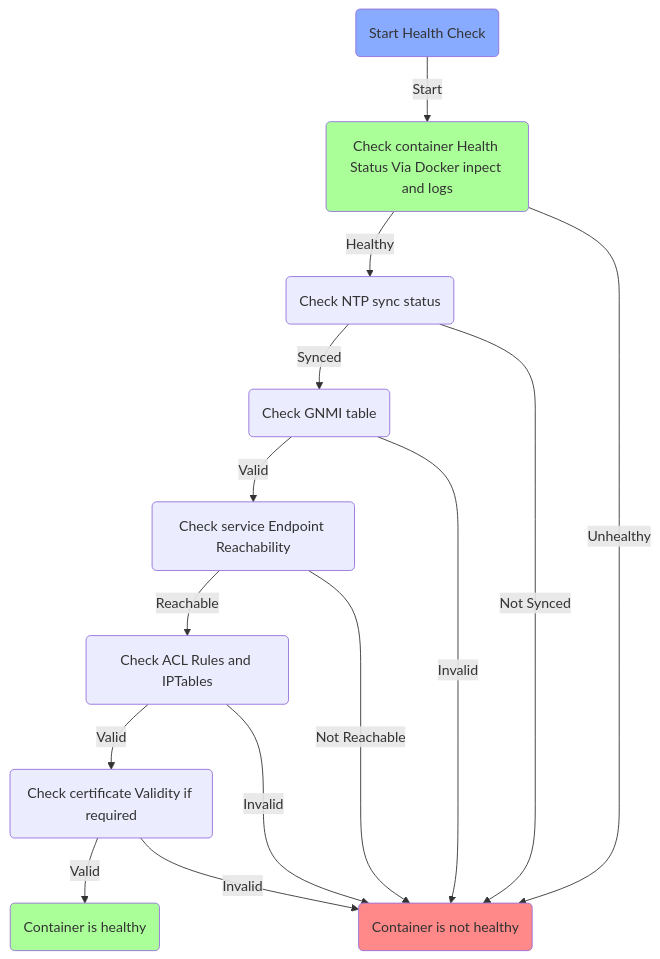
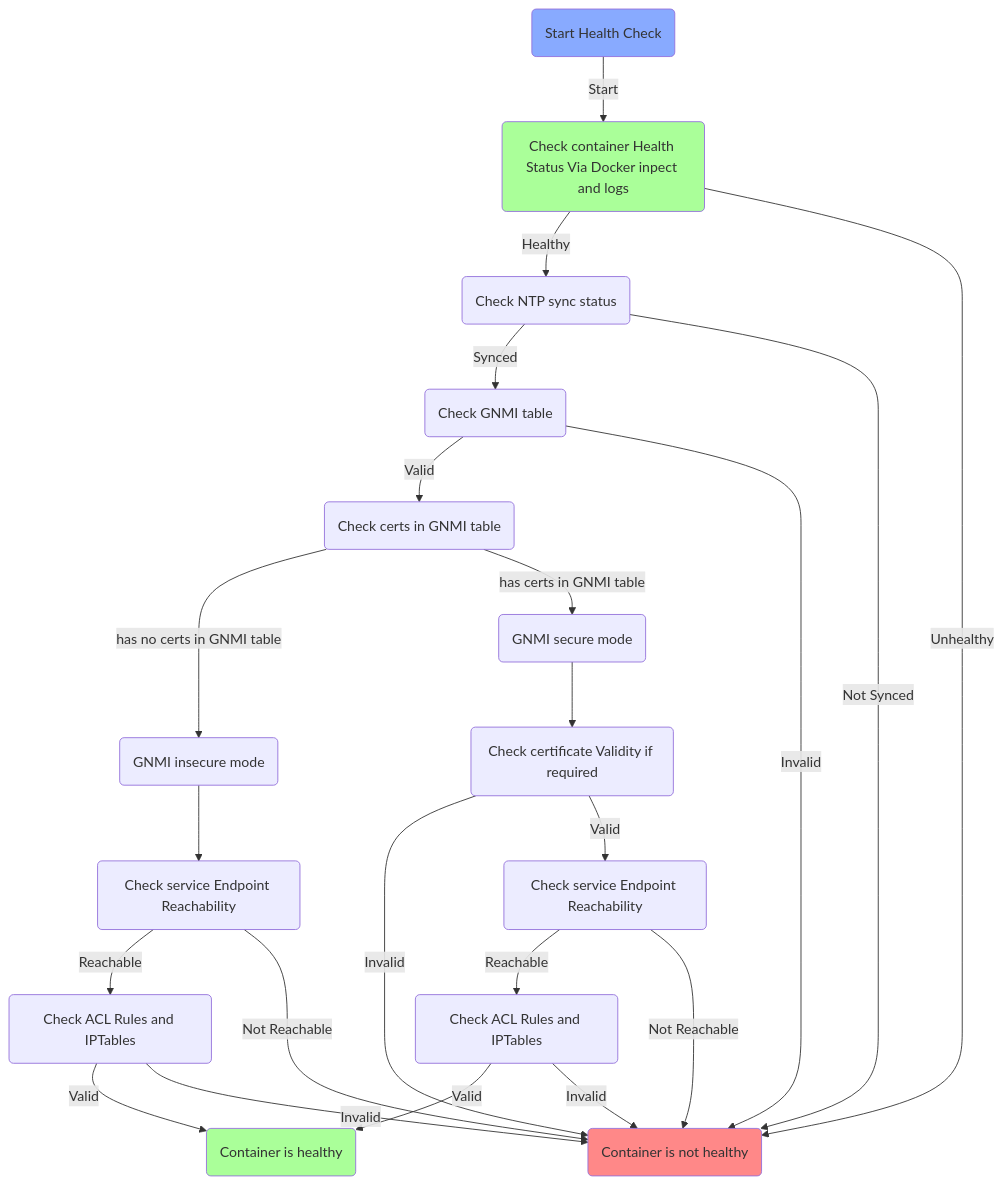
The diagram in gnmi_wd.md (wen587/mermaid), drawn with Mermaid before and after one commit.

````diff
--- a/gnmi_wd.md
+++ b/gnmi_wd.md
@@ -1,30 +1,43 @@
 ```mermaid
 flowchart
-    id1(Start Health Check)
-    style id1 fill:#8AF
-    id2(Check container Health Status Via Docker inpect and logs)
-    style id2 fill:#AF9
-    id3(Check NTP sync status)
-    id4(Check GNMI table)
-    id5(Check service Endpoint Reachability)
-    id6(Check ACL Rules and IPTables)
-    id7(Check certificate Validity if required)
-    id8(Container is healthy)
-    style id8 fill:#AF9
-    id9(Container is not healthy)
-    style id9 fill:#F88
+    id_health(Start Health Check)
+    style id_health fill:#8AF
+    id_container(Check container Health Status Via Docker inpect and logs)
+    style id_container fill:#AF9
+    id_ntp(Check NTP sync status)
+    id_gnmi(Check GNMI table)
+    id_gnmi_certs(Check certs in GNMI table)
+    id_insecure(GNMI insecure mode)
+    id_secure(GNMI secure mode)
+    id_endpoint1(Check service Endpoint Reachability)
+    id_acl1(Check ACL Rules and IPTables)
+    id_endpoint2(Check service Endpoint Reachability)
+    id_acl2(Check ACL Rules and IPTables)
+    id_cert_valid(Check certificate Validity if required)
+    id_container_healthy(Container is healthy)
+    style id_container_healthy fill:#AF9
+    id_container_not_healthy(Container is not healthy)
+    style id_container_not_healthy fill:#F88
 
-    id1-->|Start|id2
-    id2-->|Healthy|id3
-    id2-->|Unhealthy|id9
-    id3-->|Synced|id4
-    id3-->|Not Synced|id9
-    id4-->|Valid|id5
-    id4-->|Invalid|id9
-    id5-->|Reachable|id6
-    id5-->|Not Reachable|id9
-    id6-->|Valid|id7
-    id6-->|Invalid|id9
-    id7-->|Valid|id8
-    id7-->|Invalid|id9
+    id_health-->|Start|id_container
+    id_container-->|Healthy|id_ntp
+    id_container-->|Unhealthy|id_container_not_healthy
+    id_ntp-->|Synced|id_gnmi
+    id_ntp-->|Not Synced|id_container_not_healthy
+    id_gnmi-->|Valid|id_gnmi_certs
+    id_gnmi-->|Invalid|id_container_not_healthy
+    id_gnmi_certs-->|has no certs in GNMI table|id_insecure
+    id_gnmi_certs-->|has certs in GNMI table|id_secure
+    id_secure-->id_cert_valid
+    id_cert_valid-->|Invalid|id_container_not_healthy
+    id_cert_valid-->|Valid|id_endpoint1
+    id_endpoint1-->|Reachable|id_acl1
+    id_endpoint1-->|Not Reachable|id_container_not_healthy
+    id_acl1-->|Valid|id_container_healthy
+    id_acl1-->|Invalid|id_container_not_healthy
+    id_insecure-->id_endpoint2
+    id_endpoint2-->|Reachable|id_acl2
+    id_endpoint2-->|Not Reachable|id_container_not_healthy
+    id_acl2-->|Valid|id_container_healthy
+    id_acl2-->|Invalid|id_container_not_healthy
 ```
````
